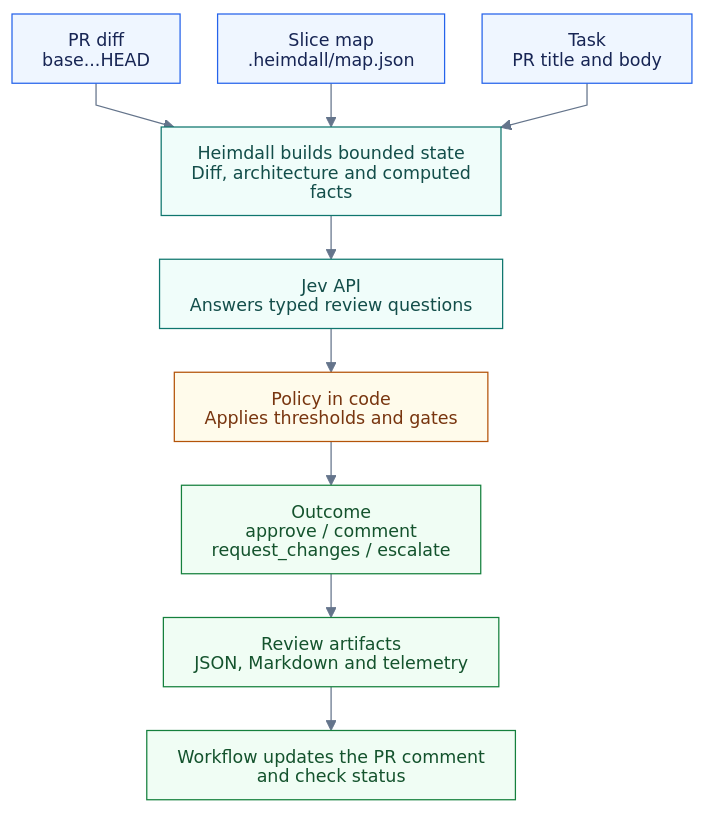
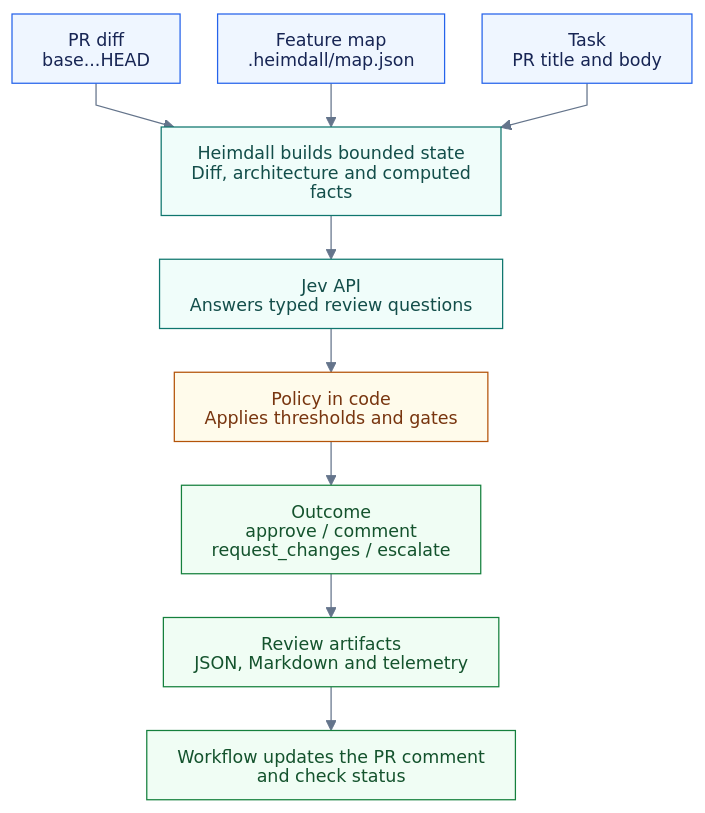
One commit to mrrasmussendk/pfa-api changed the diagram in docs/diagrams/review-flow.mmd. Above: the diagram before and after it, drawn with Mermaid. The commit also changed 119 other files, not shown here.

```diff
--- a/docs/diagrams/review-flow.mmd
+++ b/docs/diagrams/review-flow.mmd
@@ -1,21 +1,21 @@
 %%{init: {"theme": "base", "themeVariables": {"fontFamily": "Arial, sans-serif", "fontSize": "14px", "lineColor": "#64748b", "edgeLabelBackground": "#ffffff", "clusterBkg": "#f8fafc", "clusterBorder": "#cbd5e1"}, "htmlLabels": false, "flowchart": {"htmlLabels": false, "curve": "linear", "nodeSpacing": 30, "rankSpacing": 35, "padding": 12, "wrappingWidth": 260}}}%%
 flowchart TB
     accTitle: PR review: inputs, judgment, policy and outputs
     diff["PR diff<br/>base...HEAD"]:::input
-    map["Slice map<br/>.heimdall/map.json"]:::input
+    map["Feature map<br/>.heimdall/map.json"]:::input
     task["Task<br/>PR title and body"]:::input
     state["Heimdall builds bounded state<br/>Diff, architecture and computed facts"]:::process
     jev["Jev API<br/>Answers typed review questions"]:::process
     policy["Policy in code<br/>Applies thresholds and gates"]:::decision
     verdict["Outcome<br/>approve / comment<br/>request_changes / escalate"]:::output
     reports["Review artifacts<br/>JSON, Markdown and telemetry"]:::output
     comment["Workflow updates the PR comment<br/>and check status"]:::output
     diff --> state
     map --> state
     task --> state
     state --> jev --> policy --> verdict
     verdict --> reports --> comment
     classDef input fill:#eff6ff,stroke:#2563eb,color:#172554
     classDef process fill:#f0fdfa,stroke:#0f766e,color:#134e4a
     classDef decision fill:#fffbeb,stroke:#b45309,color:#78350f
     classDef output fill:#f0fdf4,stroke:#15803d,color:#14532d
```
